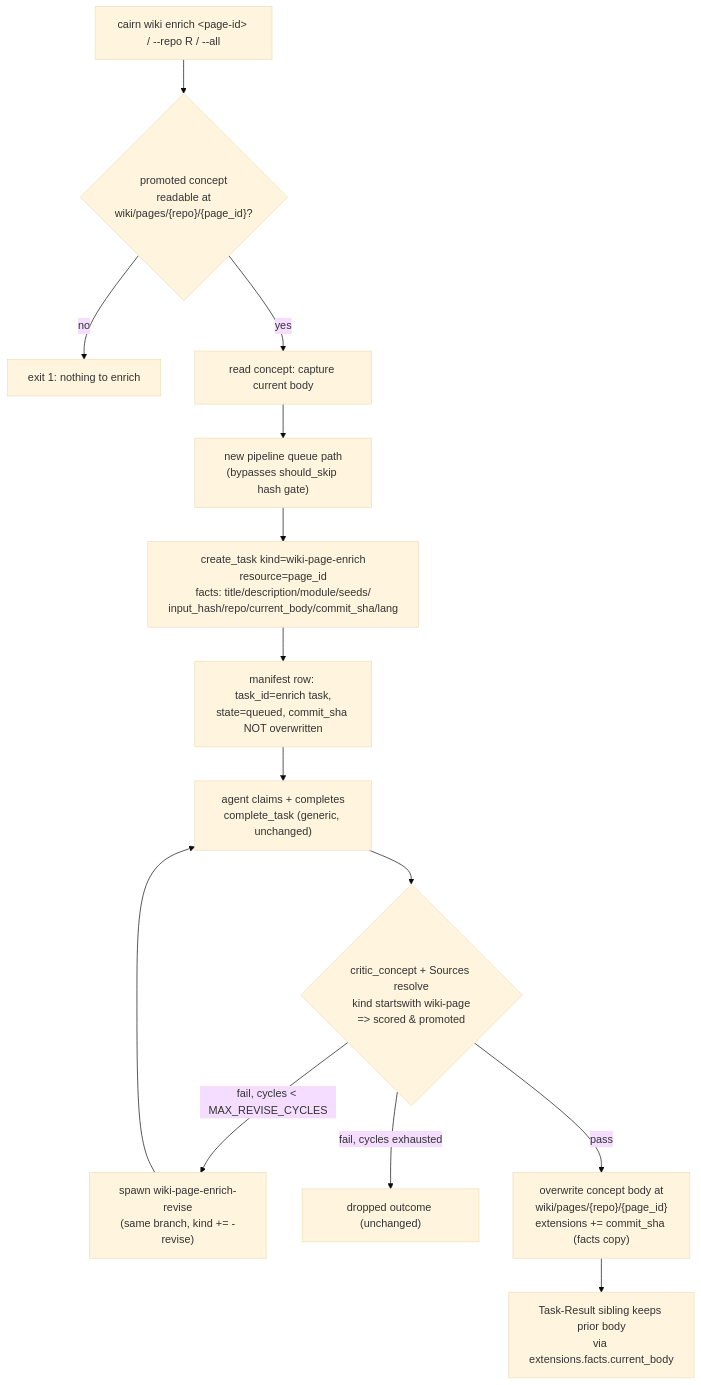
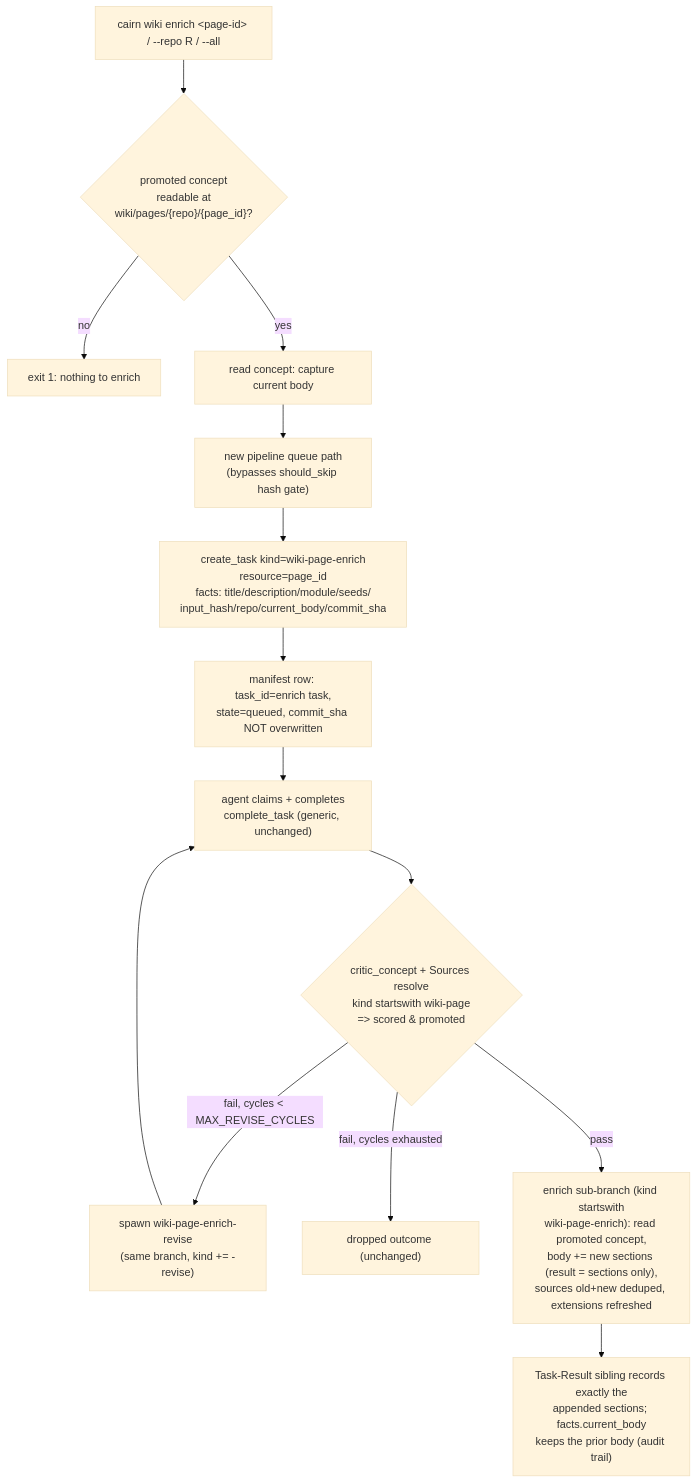
Before and after one commit to tanlnm512/cairn: the first of 2 diagrams in specs/wiki-enhancements/tech-spec.md, drawn with Mermaid (base theme). The commit also changed other lines of this file and 2 other files, not shown here.

First line of the commit message:
docs(wiki): apply approval-gate amendments across the spec set

````diff
--- a/specs/wiki-enhancements/tech-spec.md
+++ b/specs/wiki-enhancements/tech-spec.md
@@ -15,16 +15,16 @@
 ```mermaid
 flowchart TD
     A["cairn wiki enrich &lt;page-id&gt; / --repo R / --all"] --> B{"promoted concept<br/>readable at<br/>wiki/pages/{repo}/{page_id}?"}
     B -- "no" --> X["exit 1: nothing to enrich"]
     B -- "yes" --> C["read concept: capture current body"]
     C --> D["new pipeline queue path<br/>(bypasses should_skip hash gate)"]
-    D --> E["create_task kind=wiki-page-enrich<br/>resource=page_id<br/>facts: title/description/module/seeds/<br/>input_hash/repo/current_body/commit_sha/lang"]
+    D --> E["create_task kind=wiki-page-enrich<br/>resource=page_id<br/>facts: title/description/module/seeds/<br/>input_hash/repo/current_body/commit_sha"]
     E --> F["manifest row: task_id=enrich task,<br/>state=queued, commit_sha NOT overwritten"]
     F --> G["agent claims + completes<br/>complete_task (generic, unchanged)"]
     G --> H{"critic_concept + Sources resolve<br/>kind startswith wiki-page<br/>=> scored & promoted"}
     H -- "fail, cycles < MAX_REVISE_CYCLES" --> I["spawn wiki-page-enrich-revise<br/>(same branch, kind += -revise)"]
     I --> G
     H -- "fail, cycles exhausted" --> J["dropped outcome (unchanged)"]
-    H -- "pass" --> K["overwrite concept body at<br/>wiki/pages/{repo}/{page_id}<br/>extensions += commit_sha (facts copy)"]
-    K --> L["Task-Result sibling keeps prior body<br/>via extensions.facts.current_body"]
+    H -- "pass" --> K["enrich sub-branch (kind startswith<br/>wiki-page-enrich): read promoted concept,<br/>body += new sections (result = sections only),<br/>sources old+new deduped, extensions refreshed"]
+    K --> L["Task-Result sibling records exactly the<br/>appended sections; facts.current_body<br/>keeps the prior body (audit trail)"]
 ```
````
